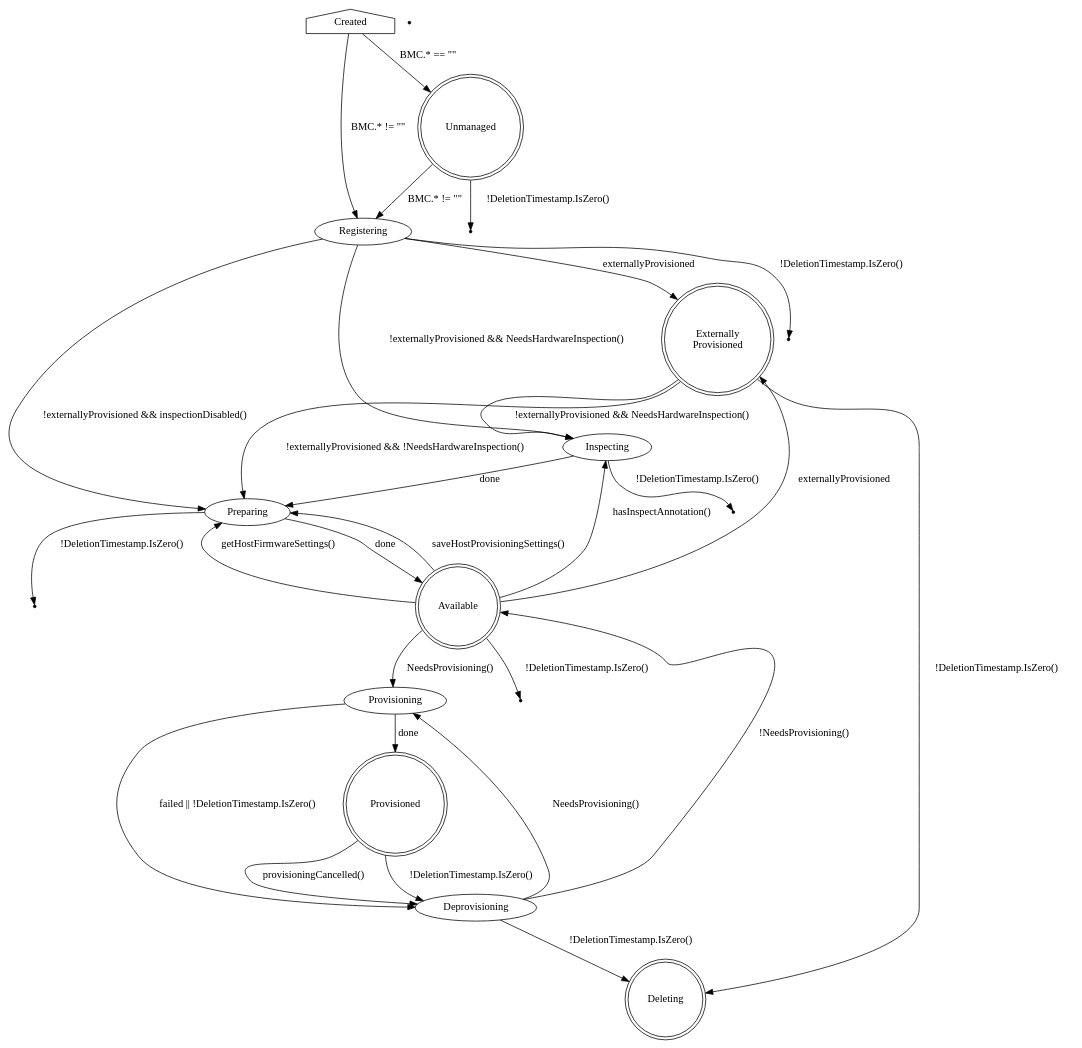
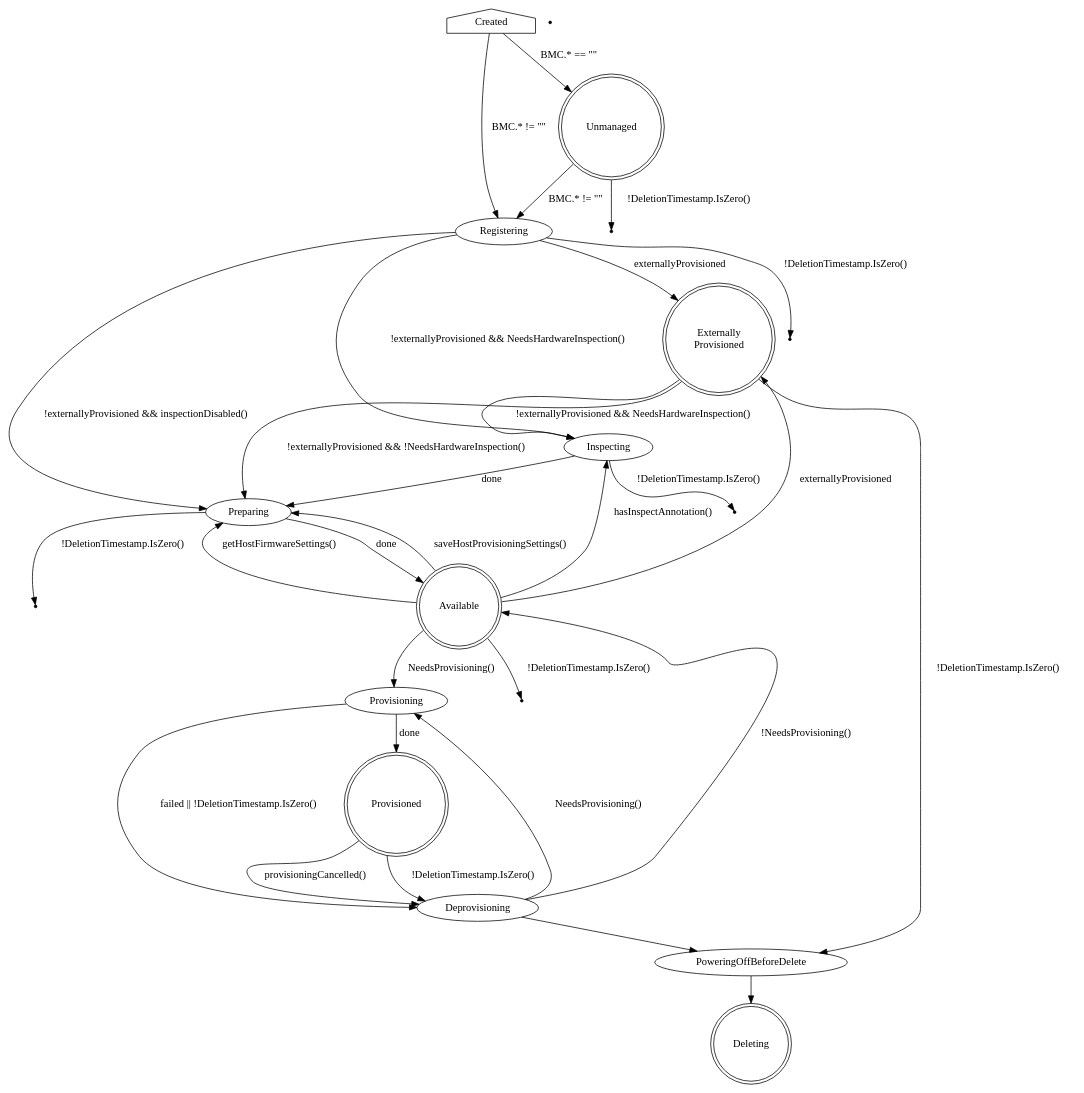
One commit to metal3-io/baremetal-operator changed the diagram in docs/BaremetalHost_ProvisioningState.dot. Above: the diagram before and after it, drawn with Graphviz. The commit also changed 1 other file, not shown here.

Commit message:
Add PoweringOffBeforeDelete state to diagram

```diff
--- a/docs/BaremetalHost_ProvisioningState.dot
+++ b/docs/BaremetalHost_ProvisioningState.dot
@@ -1,61 +1,63 @@
 digraph BaremetalHost {
     Created [shape=house]
     Created -> Unmanaged [label="BMC.* == \"\""]
     Created -> Registering [label="BMC.* != \"\""]
 
     Unmanaged [shape=doublecircle]
     Unmanaged -> Registering [label="BMC.* != \"\""]
     Unmanaged -> Deleting1 [label="!DeletionTimestamp.IsZero()"]
 
     Deleting1 [shape=point]
 
     ExternallyProvisioned [label="Externally\nProvisioned"]
 
     Registering -> Inspecting [label="!externallyProvisioned && NeedsHardwareInspection()"]
     Registering -> Preparing [label="!externallyProvisioned && inspectionDisabled()"]
     Registering -> ExternallyProvisioned [label="externallyProvisioned"]
     Registering -> Deleting2 [label="!DeletionTimestamp.IsZero()"]
 
     Deleting2 [shape=point]
 
     ExternallyProvisioned -> Inspecting [label="!externallyProvisioned && NeedsHardwareInspection()"]
     ExternallyProvisioned -> Preparing [label="!externallyProvisioned && !NeedsHardwareInspection()"]
     Available -> ExternallyProvisioned [label="externallyProvisioned"]
 
     Inspecting -> Preparing [label="done"]
     Inspecting -> Deleting3 [label="!DeletionTimestamp.IsZero()"]
 
     Deleting3 [shape=point]
 
     Deleting5 [shape=point]
 
     Preparing -> Available [label="done"]
     Preparing -> Deleting6 [label="!DeletionTimestamp.IsZero()"]
 
     Deleting6 [shape=point]
 
     Available [shape=doublecircle]
     Available -> Provisioning [label="NeedsProvisioning()"]
     Available -> Preparing [label="saveHostProvisioningSettings()"]
     Available -> Preparing [label="getHostFirmwareSettings()"]
     Available -> Deleting7 [label="!DeletionTimestamp.IsZero()"]
     Available -> Inspecting [label="hasInspectAnnotation()"]
 
     Deleting7 [shape=point]
 
     Provisioning -> Provisioned [label=done]
     Provisioning -> Deprovisioning [label="failed || !DeletionTimestamp.IsZero()"]
 
     Provisioned [shape=doublecircle]
     Provisioned -> Deprovisioning [label="provisioningCancelled()"]
     Provisioned -> Deprovisioning [label="!DeletionTimestamp.IsZero()"]
 
     ExternallyProvisioned [shape=doublecircle]
-    ExternallyProvisioned -> Deleting [label="!DeletionTimestamp.IsZero()"]
+    ExternallyProvisioned -> PoweringOffBeforeDelete [label="!DeletionTimestamp.IsZero()"]
 
     Deprovisioning -> Provisioning [label="NeedsProvisioning()"]
     Deprovisioning -> Available [label="!NeedsProvisioning()"]
-    Deprovisioning -> Deleting [label="!DeletionTimestamp.IsZero()"]
+
+    Deprovisioning -> PoweringOffBeforeDelete
+    PoweringOffBeforeDelete -> Deleting
 
     Deleting [shape=doublecircle]
 }
```
